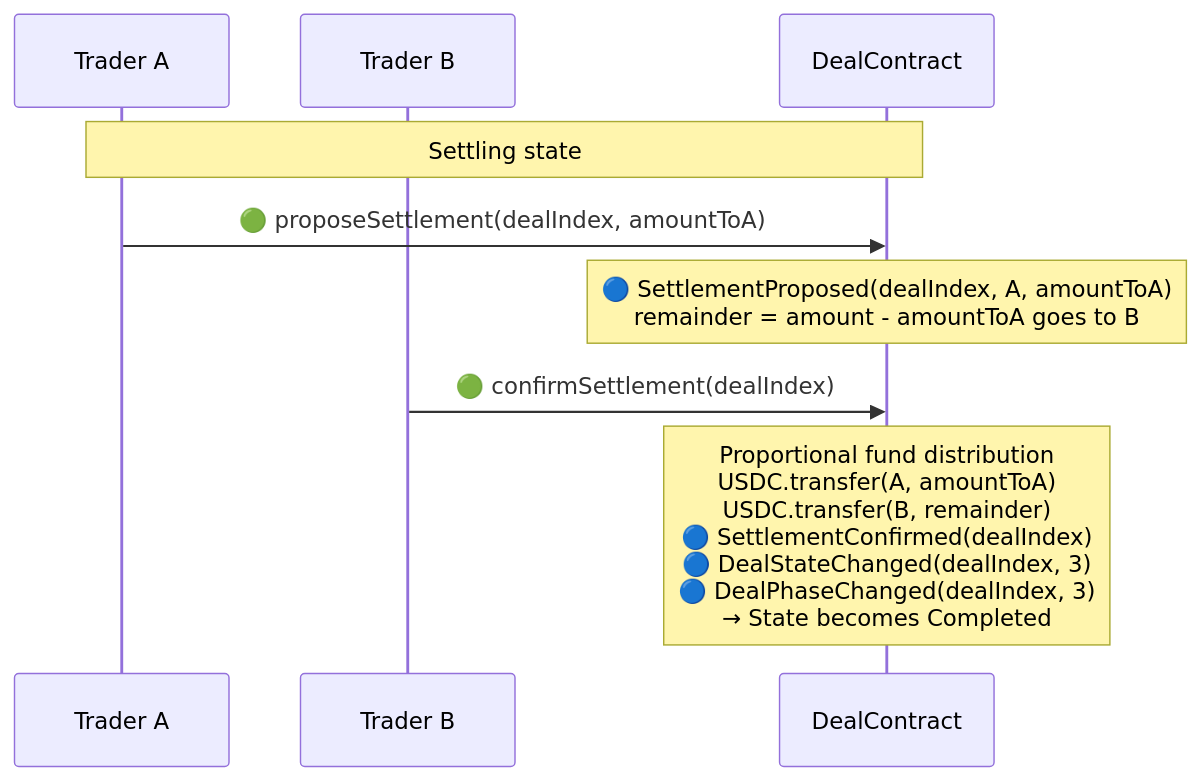
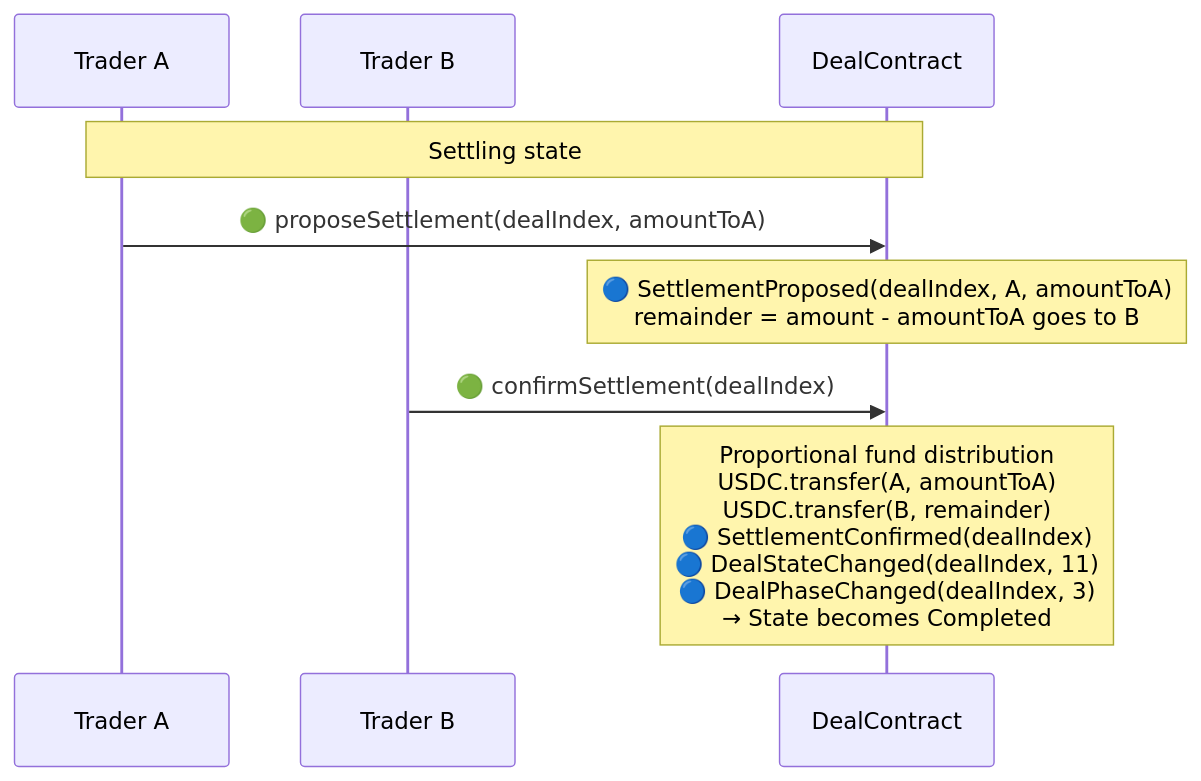
One commit to synctxai/synctx changed the seventh of 9 diagrams in examples/x-quote/x-quote-design.md. Above: the diagram before and after it, drawn with Mermaid. The commit also changed other lines of this file and 4 other files, not shown here.

````diff
--- a/examples/x-quote/x-quote-design.md
+++ b/examples/x-quote/x-quote-design.md
@@ -369,12 +400,12 @@
 ```mermaid
 sequenceDiagram
     participant A as Trader A
     participant B as Trader B
     participant D as DealContract
 
     Note over A,D: Settling state
     A->>D: 🟢 proposeSettlement(dealIndex, amountToA)
     Note over D: 🔵 SettlementProposed(dealIndex, A, amountToA)<br/>remainder = amount - amountToA goes to B
     B->>D: 🟢 confirmSettlement(dealIndex)
-    Note over D: Proportional fund distribution<br/>USDC.transfer(A, amountToA)<br/>USDC.transfer(B, remainder)<br/>🔵 SettlementConfirmed(dealIndex)<br/>🔵 DealStateChanged(dealIndex, 3)<br/>🔵 DealPhaseChanged(dealIndex, 3)<br/>→ State becomes Completed
+    Note over D: Proportional fund distribution<br/>USDC.transfer(A, amountToA)<br/>USDC.transfer(B, remainder)<br/>🔵 SettlementConfirmed(dealIndex)<br/>🔵 DealStateChanged(dealIndex, 11)<br/>🔵 DealPhaseChanged(dealIndex, 3)<br/>→ State becomes Completed
 ```
````
